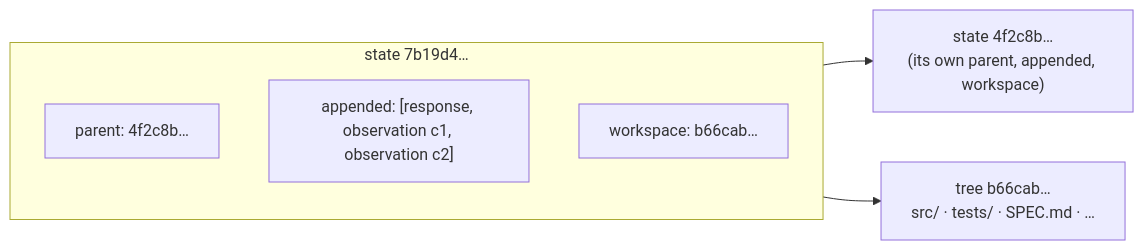
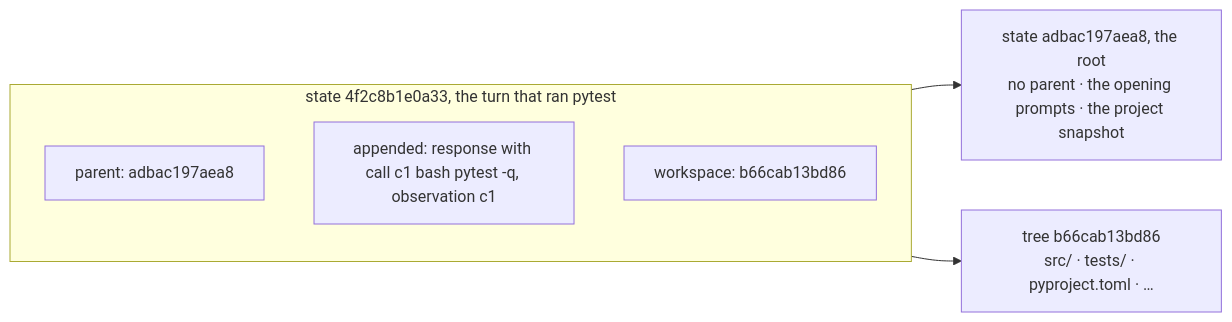
One commit to mechtaev/alaya changed the first of 10 diagrams in docs/trajectory-schema.md. Above: the diagram before and after it, drawn with Mermaid. The commit also changed other lines of this file and 7 other files, not shown here.

````diff
--- a/docs/trajectory-schema.md
+++ b/docs/trajectory-schema.md
@@ -29,13 +43,13 @@
 ```mermaid
 flowchart LR
-  subgraph S["state  7b19d4…"]
+  subgraph S["state 4f2c8b1e0a33, the turn that ran pytest"]
     direction TB
-    P["parent: 4f2c8b…"]
-    A["appended: [response, observation c1, observation c2]"]
-    E["workspace: b66cab…"]
+    P["parent: adbac197aea8"]
+    A["appended: response with call c1 bash pytest -q, observation c1"]
+    E["workspace: b66cab13bd86"]
   end
-  Parent["state 4f2c8b…<br/>(its own parent, appended, workspace)"]
-  Tree["tree b66cab…<br/>src/ · tests/ · SPEC.md · …"]
+  Parent["state adbac197aea8, the root<br/>no parent · the opening prompts · the project snapshot"]
+  Tree["tree b66cab13bd86<br/>src/ · tests/ · pyproject.toml · …"]
   P --> Parent
   E --> Tree
 ```
````
